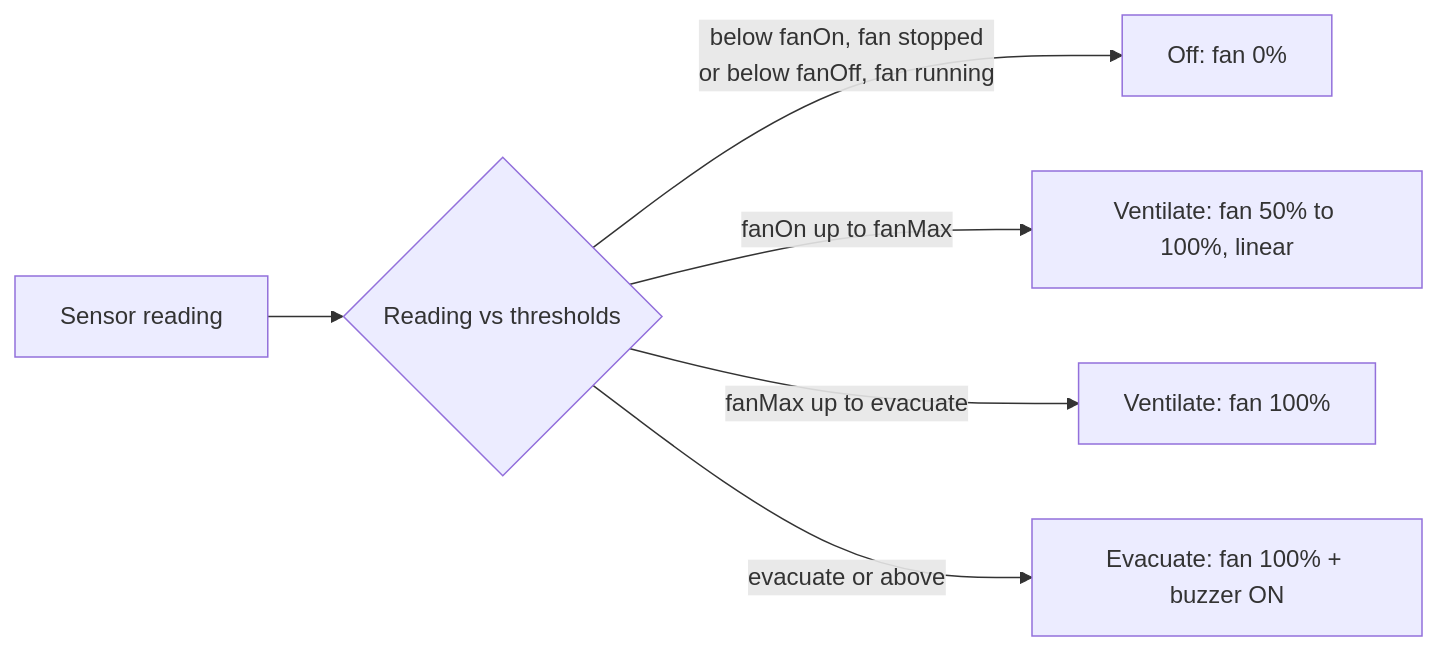
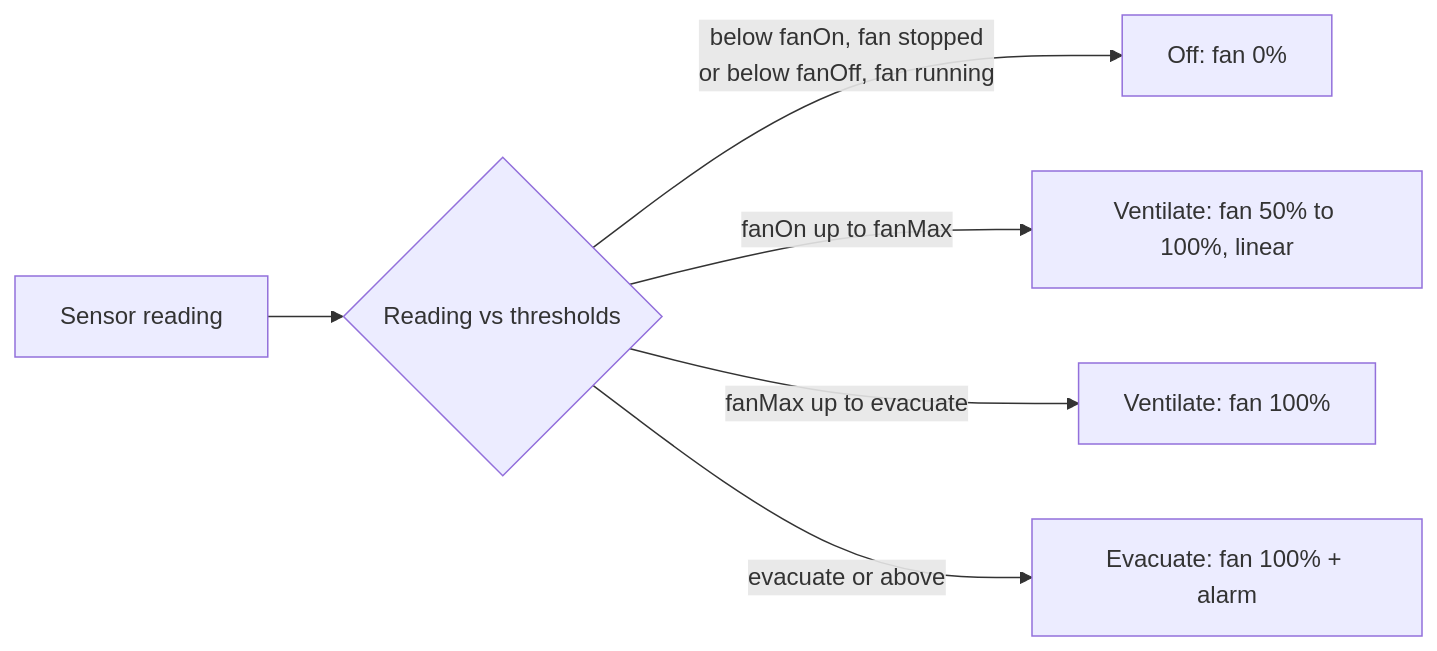
The sixth of 7 diagrams in README.md (yuvalkuck/clearair), drawn with Mermaid before and after one commit. The commit also changed other lines of this file and 15 other files, not shown here.

````diff
--- a/README.md
+++ b/README.md
@@ -393,8 +390,8 @@
 ```mermaid
 flowchart LR
     R[Sensor reading] --> A{Reading vs thresholds}
     A -->|below fanOn, fan stopped<br/>or below fanOff, fan running| O[Off: fan 0%]
     A -->|fanOn up to fanMax| V1[Ventilate: fan 50% to 100%, linear]
     A -->|fanMax up to evacuate| V2[Ventilate: fan 100%]
-    A -->|evacuate or above| E[Evacuate: fan 100% + buzzer ON]
+    A -->|evacuate or above| E[Evacuate: fan 100% + alarm]
 ```
````
